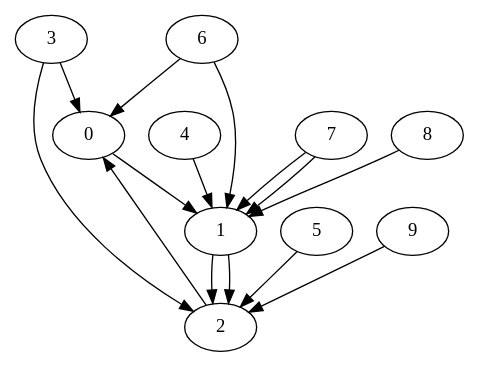
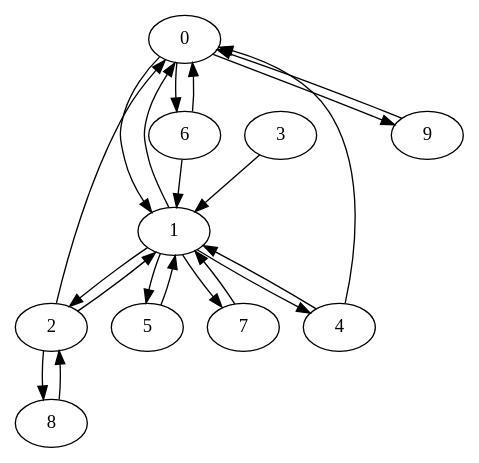
One commit to HennyJie/CS570-DataMining changed the diagram in hw4/dot_file/graph4.dot. Above: the diagram before and after it, drawn with Graphviz. The commit also changed 9 other files, not shown here.

Commit message:
generated graphs

```diff
--- a/hw4/dot_file/graph4.dot
+++ b/hw4/dot_file/graph4.dot
@@ -1,16 +1,22 @@
-digraph "" {
-	0 -> 1;
-	1 -> 2;
-	1 -> 2;
-	2 -> 0;
-	3 -> 0;
-	3 -> 2;
-	4 -> 1;
-	5 -> 2;
-	6 -> 0;
-	6 -> 1;
-	7 -> 1;
-	7 -> 1;
-	8 -> 1;
-	9 -> 2;
+digraph {
+0 -> 1 
+0 -> 6 
+0 -> 9 
+1 -> 0 
+1 -> 2 
+1 -> 4 
+1 -> 5 
+1 -> 7 
+2 -> 0 
+2 -> 1 
+2 -> 8 
+3 -> 1 
+4 -> 0 
+4 -> 1 
+5 -> 1 
+6 -> 0 
+6 -> 1 
+7 -> 1 
+8 -> 2 
+9 -> 0 
 }
```
